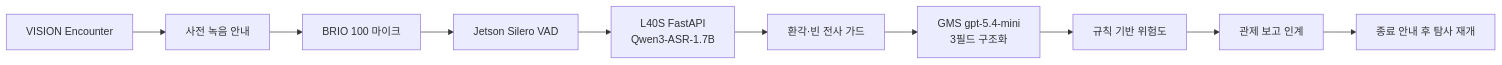
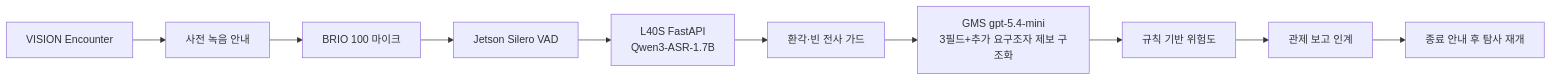
The diagram in docs/08-AI-음성.md (Common-AIOT/Sentinel-UGV), drawn with Mermaid before and after one commit. The commit also changed other lines of this file and 18 other files, not shown here.

````diff
--- a/docs/08-AI-음성.md
+++ b/docs/08-AI-음성.md
@@ -13,12 +13,12 @@
 ```mermaid
 flowchart LR
     encounter["VISION Encounter"] --> guide["사전 녹음 안내"]
     guide --> mic["BRIO 100 마이크"]
     mic --> vad["Jetson Silero VAD"]
     vad --> asr["L40S FastAPI\nQwen3-ASR-1.7B"]
     asr --> guard["환각·빈 전사 가드"]
-    guard --> gms["GMS gpt-5.4-mini\n3필드 구조화"]
+    guard --> gms["GMS gpt-5.4-mini\n3필드+추가 요구조자 제보 구조화"]
     gms --> rule["규칙 기반 위험도"]
     rule --> report["관제 보고 인계"]
     report --> closing["종료 안내 후 탐사 재개"]
 ```
````
